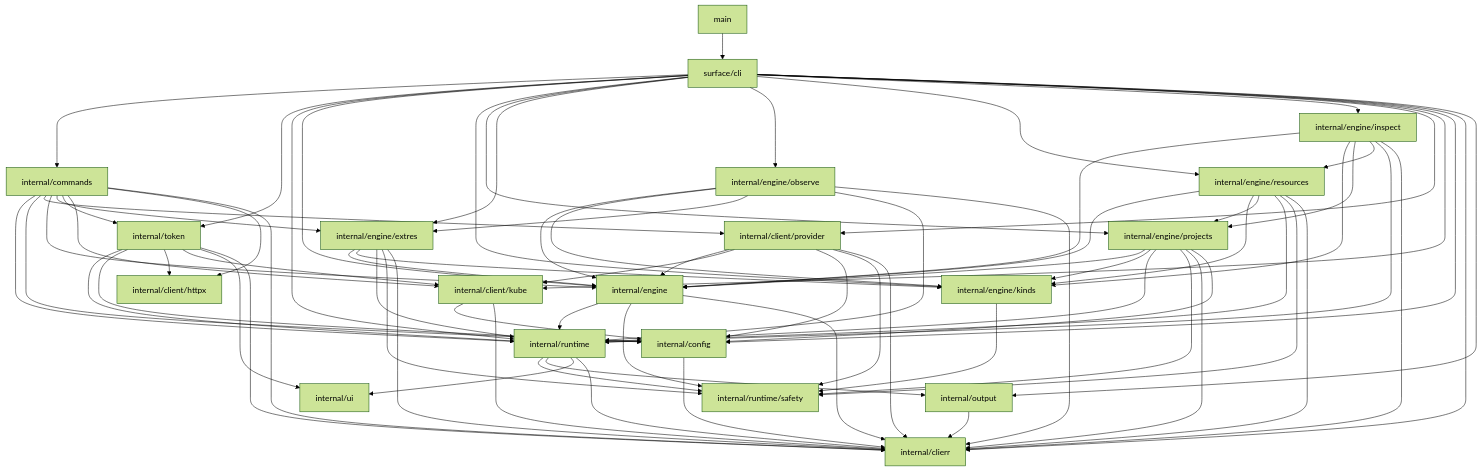
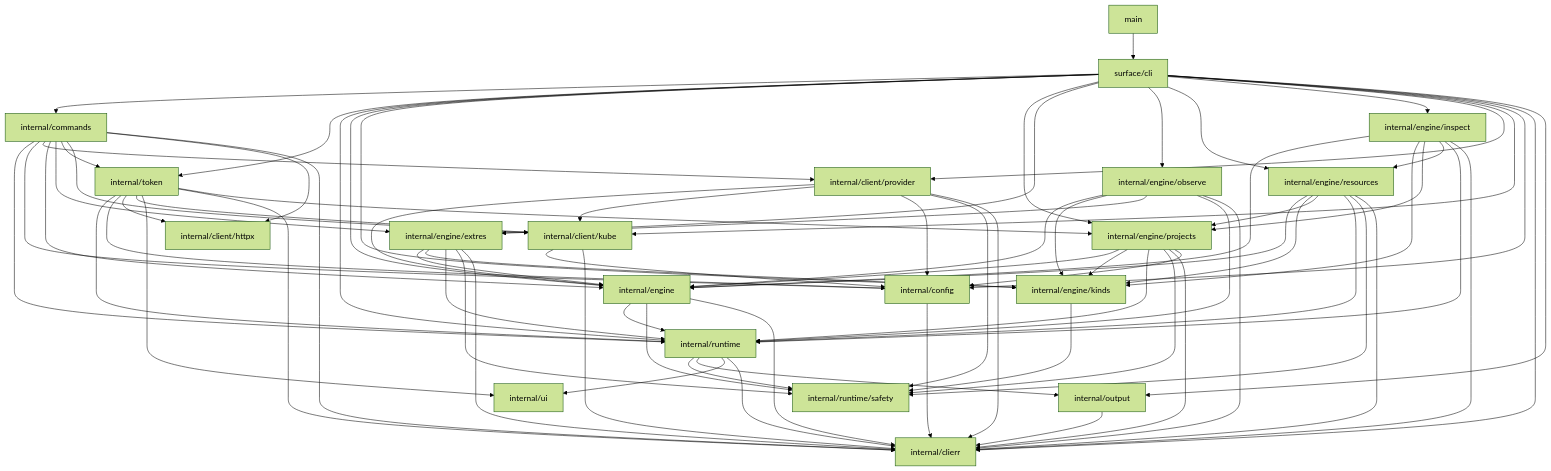
Before and after one commit to rancher/rancher-cli: the diagram in ARCHITECTURE.md, drawn with Mermaid (forest theme). The commit also changed other lines of this file and 4 other files, not shown here.

```diff
--- a/ARCHITECTURE.md
+++ b/ARCHITECTURE.md
@@ -123,6 +123,7 @@
     token --> kube
     token --> ui
     token --> clierr
+    token --> projects
 
     runtime --> safety
     runtime --> output
```
